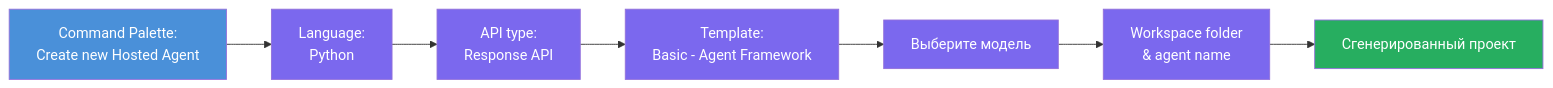
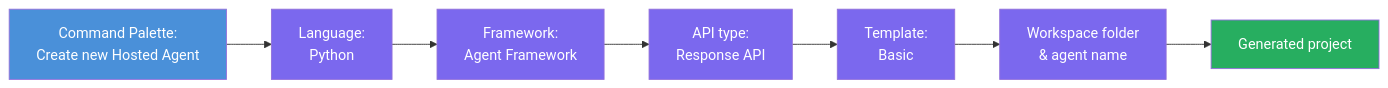
Before and after one commit to microsoft-foundry/Foundry_Toolkit_for_VSCode_Lab: the diagram in translations/ru/workshop/lab01-single-agent/docs/02-create-hosted-agent.md, drawn with Mermaid. The commit also changed other lines of this file and 74 other files, not shown here.

````diff
--- a/translations/ru/workshop/lab01-single-agent/docs/02-create-hosted-agent.md
+++ b/translations/ru/workshop/lab01-single-agent/docs/02-create-hosted-agent.md
@@ -11,22 +11,23 @@
 ```mermaid
 flowchart LR
     A["Command Palette:
     Create new Hosted Agent"] --> B["Language:
     Python"]
-    B --> C["API type:
+    B --> C["Framework:
+    Agent Framework"]
+    C --> D["API type:
     Response API"]
-    C --> D["Template:
-    Basic - Agent Framework"]
-    D --> E["Выберите модель"]
+    D --> E["Template:
+    Basic"]
     E --> F["Workspace folder
     & agent name"]
-    F --> G["Сгенерированный проект"]
+    F --> G["Generated project"]
 
     style A fill:#4A90D9,color:#fff
     style B fill:#7B68EE,color:#fff
     style C fill:#7B68EE,color:#fff
     style D fill:#7B68EE,color:#fff
     style E fill:#7B68EE,color:#fff
     style F fill:#7B68EE,color:#fff
     style G fill:#27AE60,color:#fff
 ```
````
